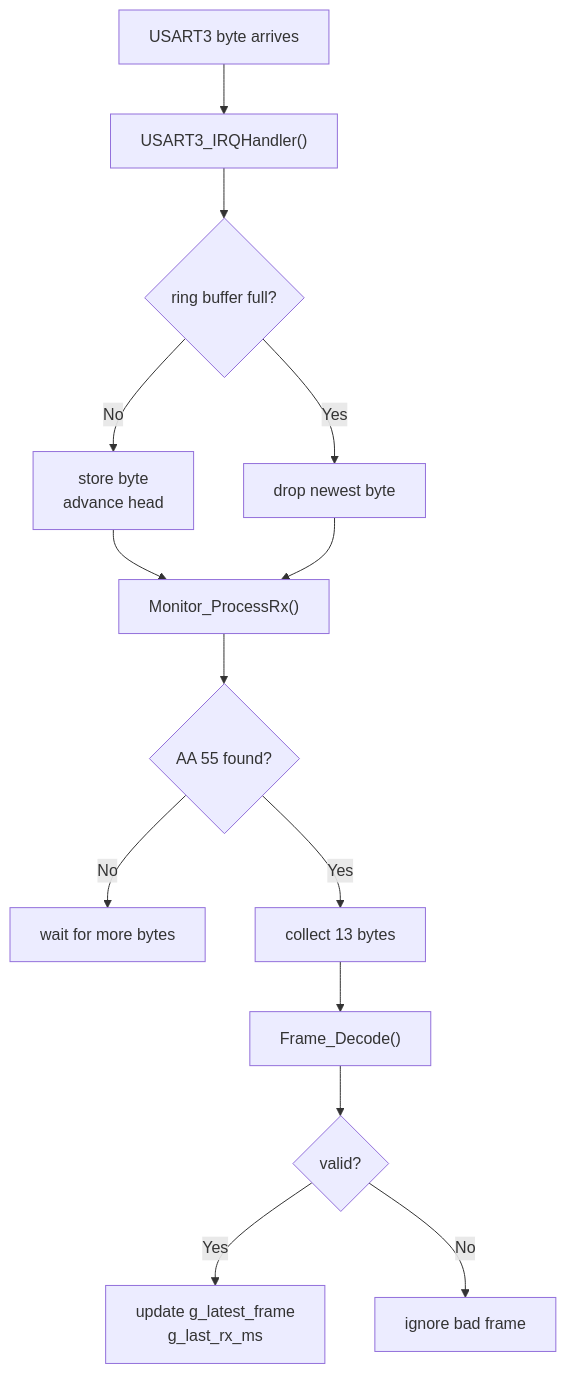
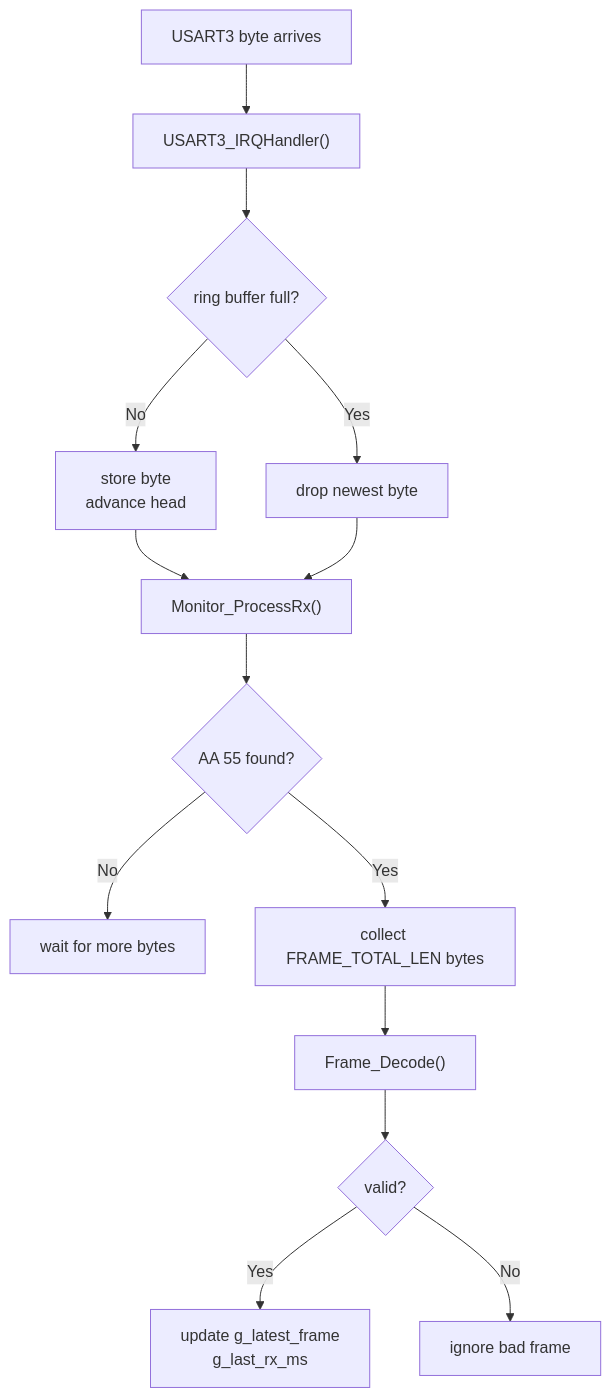
One commit to Cusnd/dual-stm32-safety-monitor changed the seventh of 13 diagrams in docs/FUNCTION_DESIGN_WALKTHROUGH.en.md. Above: the diagram before and after it, drawn with Mermaid. The commit also changed other lines of this file and 72 other files, not shown here.

````diff
--- a/docs/FUNCTION_DESIGN_WALKTHROUGH.en.md
+++ b/docs/FUNCTION_DESIGN_WALKTHROUGH.en.md
@@ -199,16 +202,16 @@
 ```mermaid
 flowchart TD
   RX["USART3 byte arrives"] --> ISR["USART3_IRQHandler()"]
   ISR --> FULL{"ring buffer full?"}
   FULL -->|"No"| PUSH["store byte\nadvance head"]
   FULL -->|"Yes"| DROP["drop newest byte"]
   PUSH --> PROC["Monitor_ProcessRx()"]
   DROP --> PROC
   PROC --> SYNC{"AA 55 found?"}
   SYNC -->|"No"| WAIT["wait for more bytes"]
-  SYNC -->|"Yes"| LEN["collect 13 bytes"]
+  SYNC -->|"Yes"| LEN["collect FRAME_TOTAL_LEN bytes"]
   LEN --> DEC["Frame_Decode()"]
   DEC --> OK{"valid?"}
   OK -->|"Yes"| UPDATE["update g_latest_frame\ng_last_rx_ms"]
   OK -->|"No"| BAD["ignore bad frame"]
 ```
````
